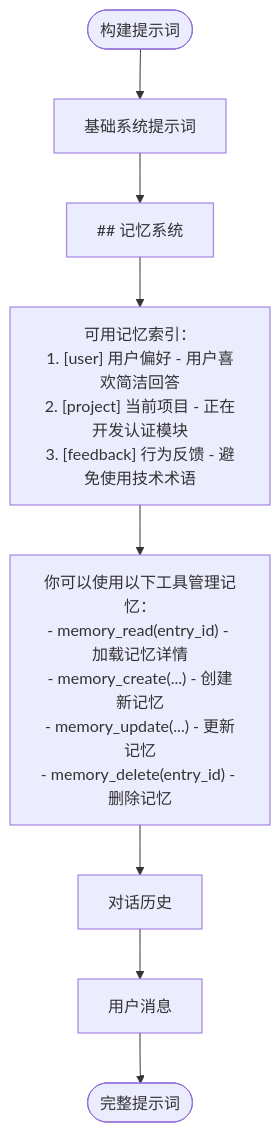
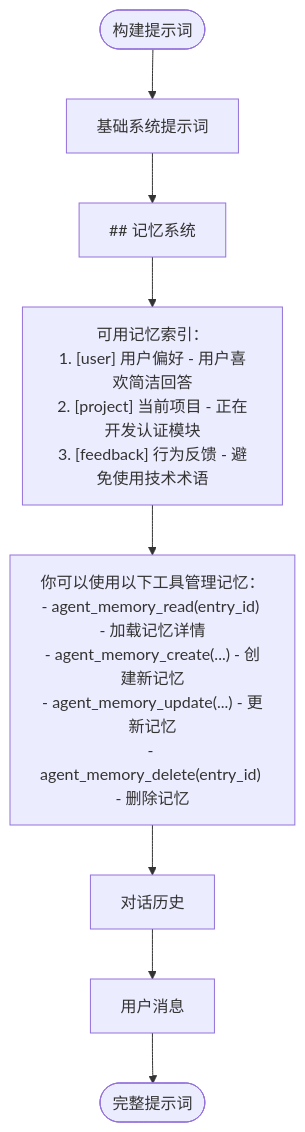
Before and after one commit to RudolphHuang/openclaw_doc: the ninth of 16 diagrams in bar/记忆设计方案.md, drawn with Mermaid. The commit also changed other lines of this file, not shown here.

````diff
--- a/bar/记忆设计方案.md
+++ b/bar/记忆设计方案.md
@@ -397,13 +499,13 @@
 ```mermaid
 flowchart TB
     Start(["构建提示词"]) --> Base["基础系统提示词"]
     
     Base --> MemorySection["## 记忆系统"]
     MemorySection --> IndexList["可用记忆索引：<br/>1. [user] 用户偏好 - 用户喜欢简洁回答<br/>2. [project] 当前项目 - 正在开发认证模块<br/>3. [feedback] 行为反馈 - 避免使用技术术语"]
     
-    IndexList --> Instruction["你可以使用以下工具管理记忆：<br/>- memory_read(entry_id) - 加载记忆详情<br/>- memory_create(...) - 创建新记忆<br/>- memory_update(...) - 更新记忆<br/>- memory_delete(entry_id) - 删除记忆"]
+    IndexList --> Instruction["你可以使用以下工具管理记忆：<br/>- agent_memory_read(entry_id) - 加载记忆详情<br/>- agent_memory_create(...) - 创建新记忆<br/>- agent_memory_update(...) - 更新记忆<br/>- agent_memory_delete(entry_id) - 删除记忆"]
     
     Instruction --> History["对话历史"]
     History --> UserMsg["用户消息"]
     UserMsg --> End(["完整提示词"])
 ```
````
